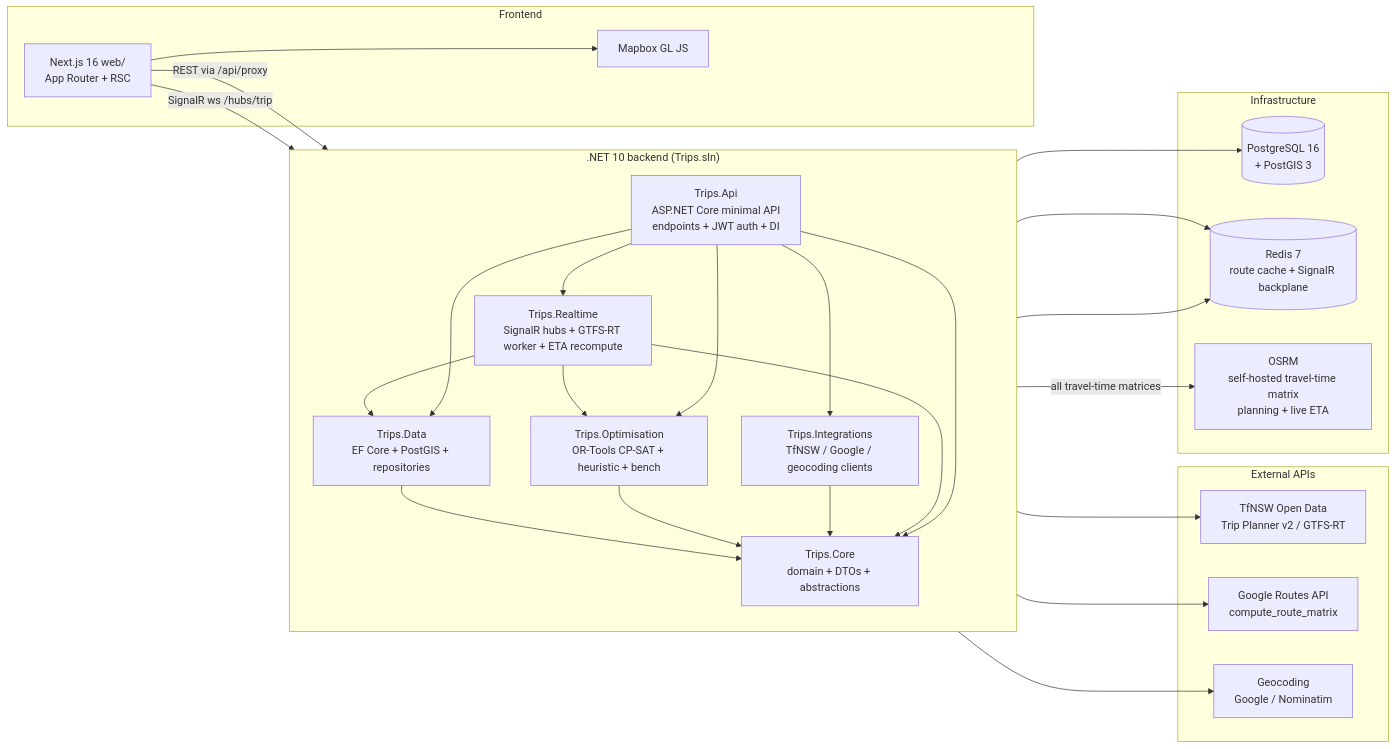
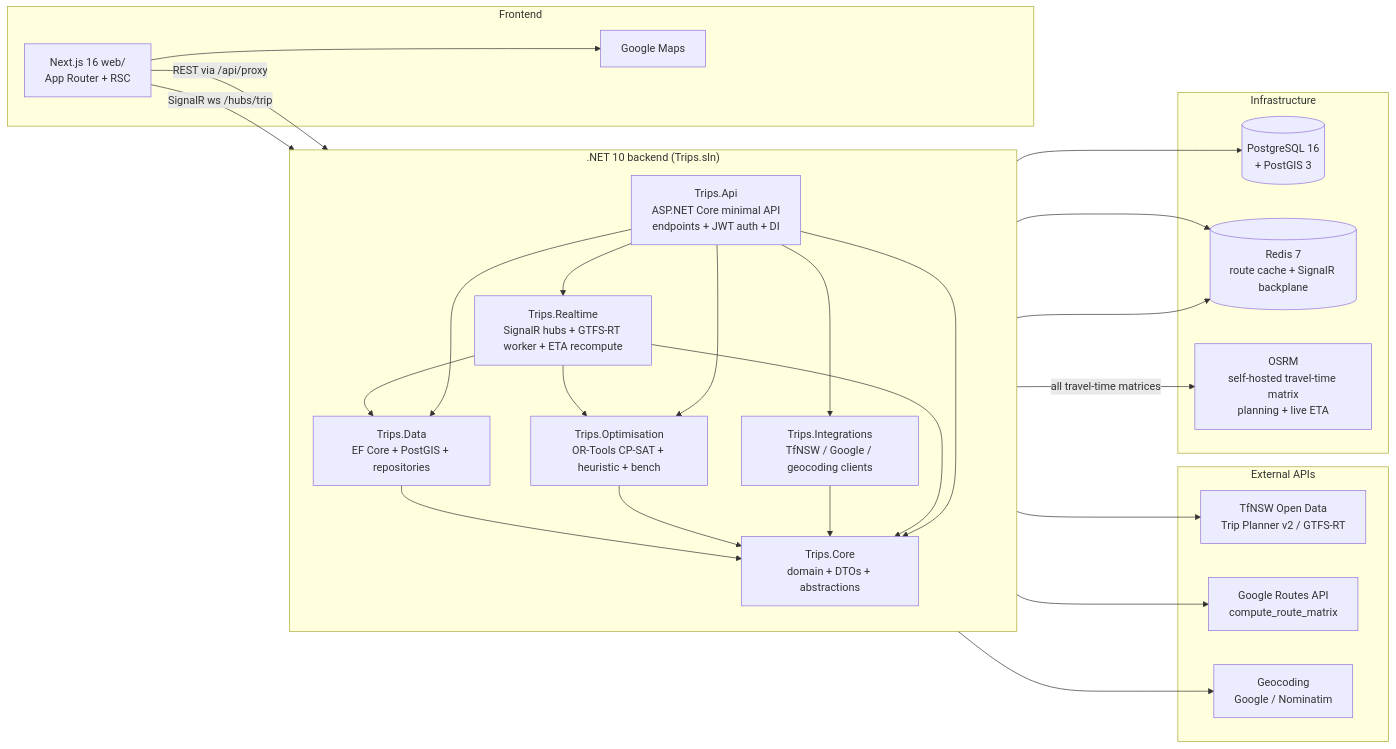
Before and after one commit to cosykid/SydneyTrips: the first of 2 diagrams in docs/architecture.md, drawn with Mermaid. The commit also changed 7 other files, not shown here.

First line of the commit message:
Docs: replace stale Mapbox references with Google Maps; refresh counts

````diff
--- a/docs/architecture.md
+++ b/docs/architecture.md
@@ -11,54 +11,54 @@
 ```mermaid
 flowchart LR
   subgraph external[External APIs]
     tfnsw[TfNSW Open Data\nTrip Planner v2 / GTFS-RT]
     google[Google Routes API\ncompute_route_matrix]
     geocoder[Geocoding\nGoogle / Nominatim]
   end
 
   subgraph backend[".NET 10 backend (Trips.sln)"]
     direction TB
     core[Trips.Core\ndomain + DTOs + abstractions]
     data[Trips.Data\nEF Core + PostGIS + repositories]
     opt[Trips.Optimisation\nOR-Tools CP-SAT + heuristic + bench]
     integ[Trips.Integrations\nTfNSW / Google / geocoding clients]
     rt[Trips.Realtime\nSignalR hubs + GTFS-RT worker + ETA recompute]
     api[Trips.Api\nASP.NET Core minimal API\nendpoints + JWT auth + DI]
 
     data --> core
     opt --> core
     integ --> core
     rt --> core
     rt --> data
     rt --> opt
     api --> core
     api --> data
     api --> opt
     api --> integ
     api --> rt
   end
 
   subgraph infra[Infrastructure]
     pg[(PostgreSQL 16\n+ PostGIS 3)]
     redis[(Redis 7\nroute cache + SignalR backplane)]
     osrm[OSRM\nself-hosted travel-time matrix\nplanning + live ETA]
   end
 
   subgraph frontend[Frontend]
     next[Next.js 16 web/\nApp Router + RSC]
-    map[Mapbox GL JS]
+    map[Google Maps]
   end
 
   integ --> tfnsw
   integ --> google
   integ --> geocoder
   integ -- "all travel-time matrices" --> osrm
 
   api --> pg
   api --> redis
   rt --> redis
 
   next -- "REST via /api/proxy" --> api
   next -- "SignalR ws /hubs/trip" --> rt
   next --> map
 ```
````
